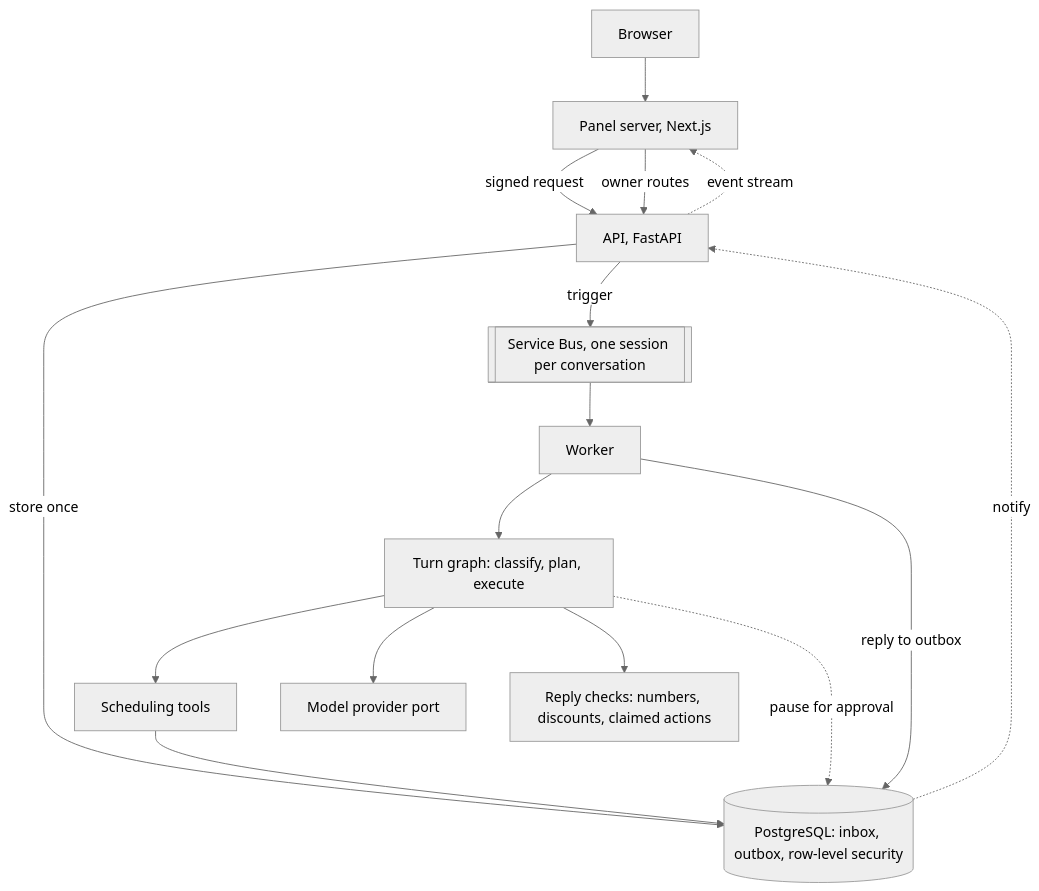
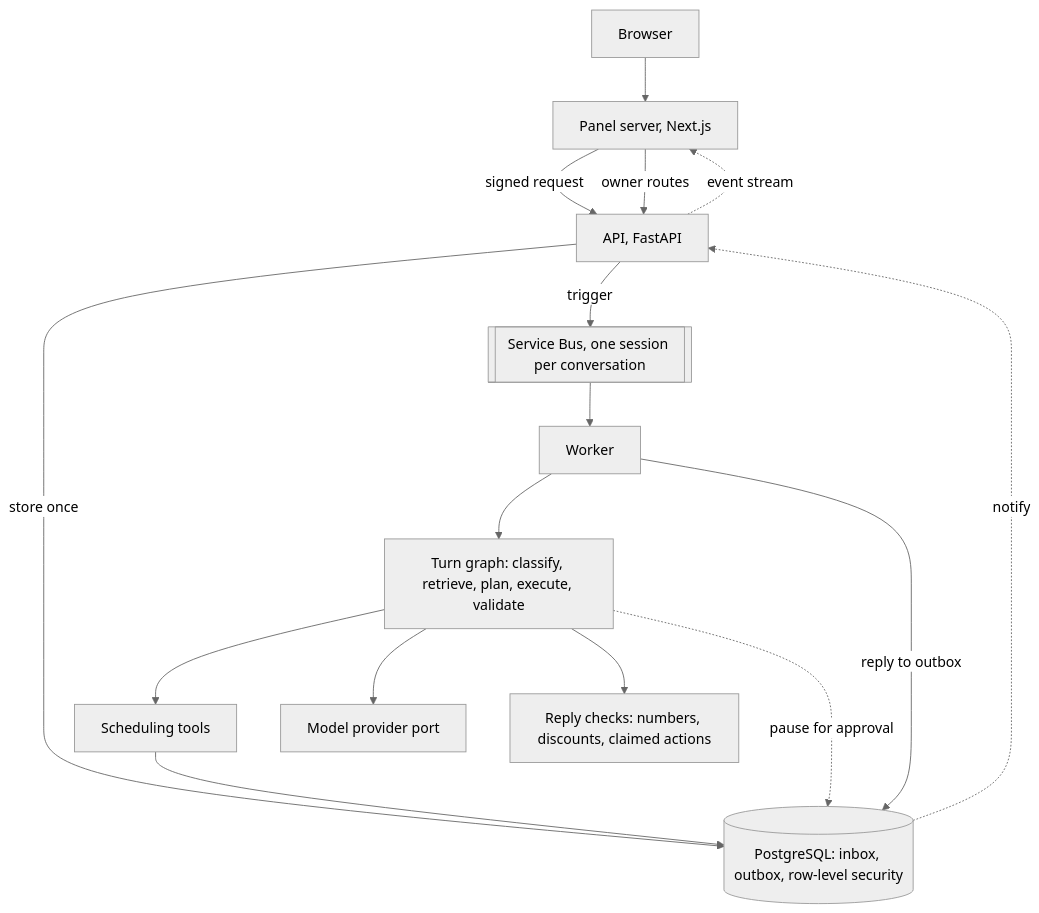
One commit to dev-isaacmello/frontdesk changed the diagram in README.md. Above: the diagram before and after it, drawn with Mermaid (neutral theme). The commit also changed other lines of this file and 27 other files, not shown here.

````diff
--- a/README.md
+++ b/README.md
@@ -31,18 +33,18 @@
 ```mermaid
 flowchart TD
     browser[Browser] --> panel[Panel server, Next.js]
     panel -- signed request --> api[API, FastAPI]
     api -- store once --> pg[(PostgreSQL: inbox, outbox, row-level security)]
     api -- trigger --> queue[[Service Bus, one session per conversation]]
     queue --> worker[Worker]
-    worker --> turn[Turn graph: classify, plan, execute]
+    worker --> turn[Turn graph: classify, retrieve, plan, execute, validate]
     turn --> tools[Scheduling tools]
     turn --> model[Model provider port]
     tools --> pg
     worker -- reply to outbox --> pg
     turn --> checks[Reply checks: numbers, discounts, claimed actions]
     turn -. pause for approval .-> pg
     pg -. notify .-> api
     api -. event stream .-> panel
     panel -- owner routes --> api
 ```
````
